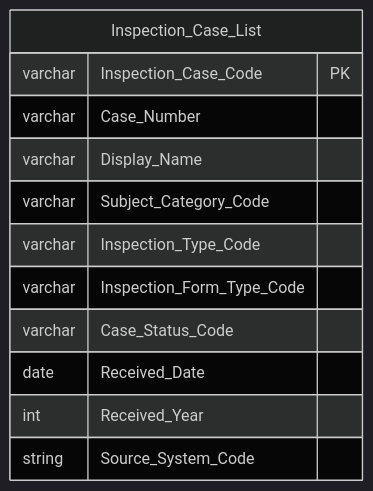
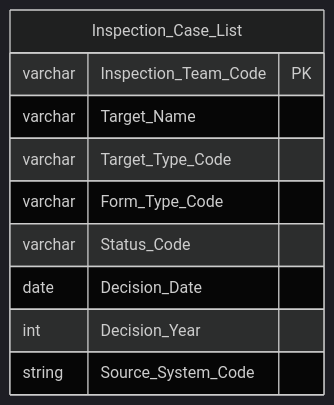
Before and after one commit to linhlvit/ubck_atomic_design: diagram 18 of 43 in Datamart/hld/DTM_TT_HLD.md, drawn with Mermaid (dark theme). The commit also changed other lines of this file and 9 other files, not shown here.

````diff
--- a/Datamart/hld/DTM_TT_HLD.md
+++ b/Datamart/hld/DTM_TT_HLD.md
@@ -430,15 +634,13 @@
 ```mermaid
 erDiagram
     Inspection_Case_List {
-        varchar Inspection_Case_Code PK
-        varchar Case_Number
-        varchar Display_Name
-        varchar Subject_Category_Code
-        varchar Inspection_Type_Code
-        varchar Inspection_Form_Type_Code
-        varchar Case_Status_Code
-        date Received_Date
-        int Received_Year
+        varchar Inspection_Team_Code PK
+        varchar Target_Name
+        varchar Target_Type_Code
+        varchar Form_Type_Code
+        varchar Status_Code
+        date Decision_Date
+        int Decision_Year
         string Source_System_Code
     }
 ```
````
